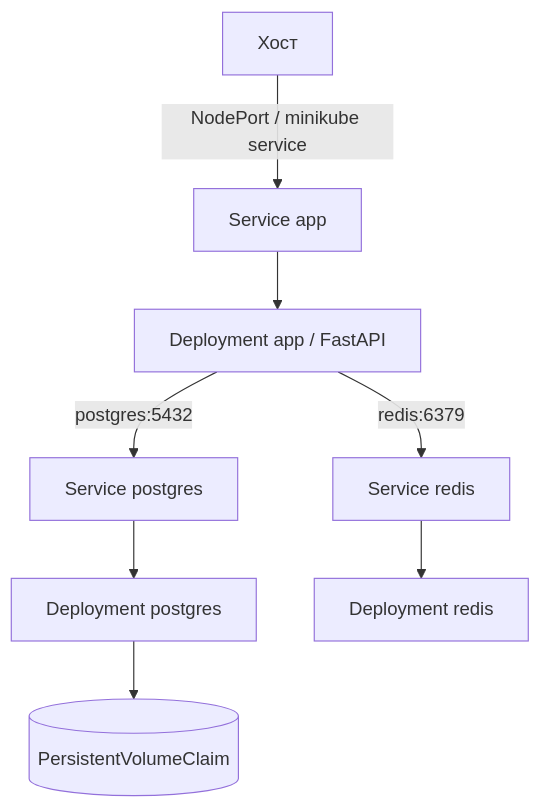
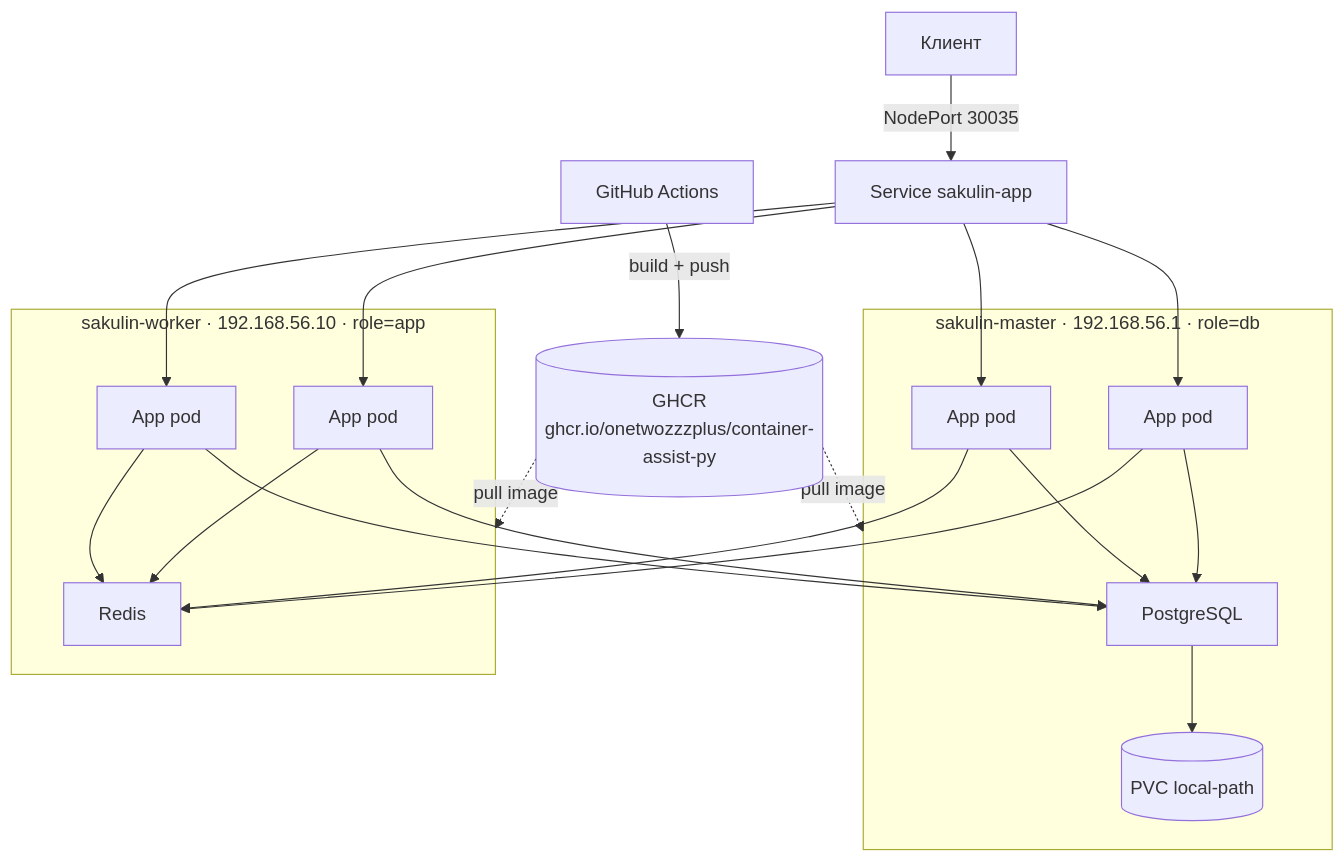
Before and after one commit to OneTwoZzzPlus/container-assist-py: the diagram in README.md, drawn with Mermaid. The commit also changed other lines of this file, not shown here.

````diff
--- a/README.md
+++ b/README.md
@@ -213,10 +54,25 @@
 ```mermaid
 graph TD
-    Client[Хост] -->|NodePort / minikube service| AppSvc[Service app]
-    AppSvc --> AppPod[Deployment app / FastAPI]
-    AppPod -->|postgres:5432| PgSvc[Service postgres]
-    PgSvc --> PgPod[Deployment postgres]
-    PgPod --> PgPVC[(PersistentVolumeClaim)]
-    AppPod -->|redis:6379| RedisSvc[Service redis]
-    RedisSvc --> RedisPod[Deployment redis]
+    GH[GitHub Actions] -->|build + push| GHCR[(GHCR<br/>ghcr.io/onetwozzzplus/container-assist-py)]
+    Client[Клиент] -->|NodePort 30035| Svc[Service sakulin-app]
+
+    subgraph master [sakulin-master · 192.168.56.1 · role=db]
+        PgPod[PostgreSQL]
+        PgPVC[(PVC local-path)]
+        App1[App pod]
+        App2[App pod]
+    end
+
+    subgraph worker [sakulin-worker · 192.168.56.10 · role=app]
+        Redis[Redis]
+        App3[App pod]
+        App4[App pod]
+    end
+
+    Svc --> App1 & App2 & App3 & App4
+    App1 & App2 & App3 & App4 --> PgPod
+    App1 & App2 & App3 & App4 --> Redis
+    PgPod --> PgPVC
+    GHCR -.->|pull image| master
+    GHCR -.->|pull image| worker
 ```
````
